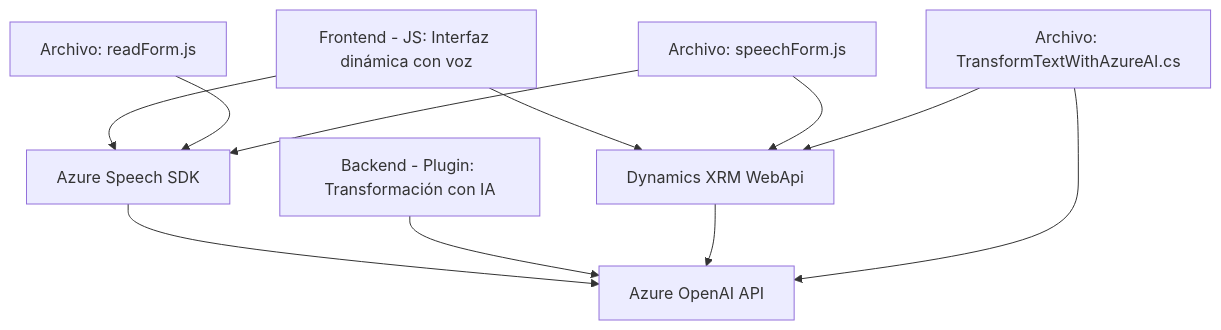
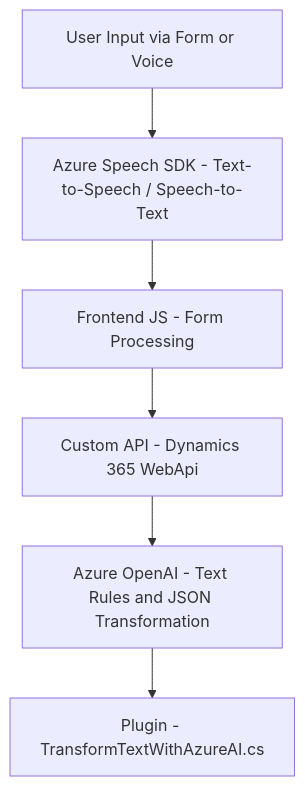
One commit to blopezdm/NETCORE_BILBAO2025 changed the diagram in README.md. Above: the diagram before and after it, drawn with Mermaid. The commit also changed other lines of this file, not shown here.

Commit message:
Actualizar análisis global de la solución con IA

````diff
--- a/README.md
+++ b/README.md
@@ -46,22 +38,15 @@
 ```mermaid
 graph TD
-    A["Frontend - JS: Interfaz dinámica con voz"]
-    A1["Archivo: readForm.js"]
-    A2["Archivo: speechForm.js"]
-    B["Azure Speech SDK"]
-    C["Backend - Plugin: Transformación con IA"]
-    C1["Archivo: TransformTextWithAzureAI.cs"]
-    D["Azure OpenAI API"]
-    E["Dynamics XRM WebApi"]
+    A["User Input via Form or Voice"]
+    B["Azure Speech SDK - Text-to-Speech / Speech-to-Text"]
+    C["Custom API - Dynamics 365 WebApi"]
+    D["Frontend JS - Form Processing"]
+    E["Azure OpenAI - Text Rules and JSON Transformation"]
+    F["Plugin - TransformTextWithAzureAI.cs"]
 
     A --> B
-    A --> E
-    A1 --> B
-    A2 --> B
-    A2 --> E
     B --> D
-    C --> D
-    E --> D
-    C1 --> D
-    C1 --> E
+    D --> C
+    C --> E
+    E --> F
 ```
````
